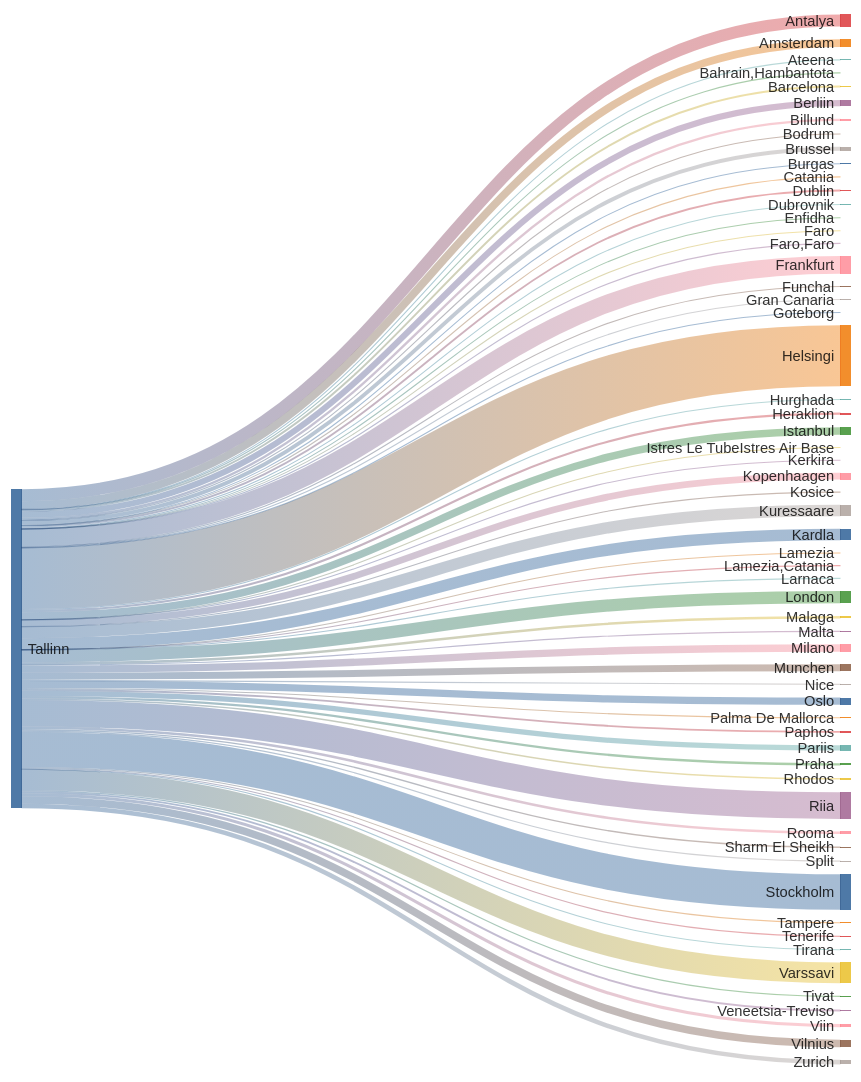
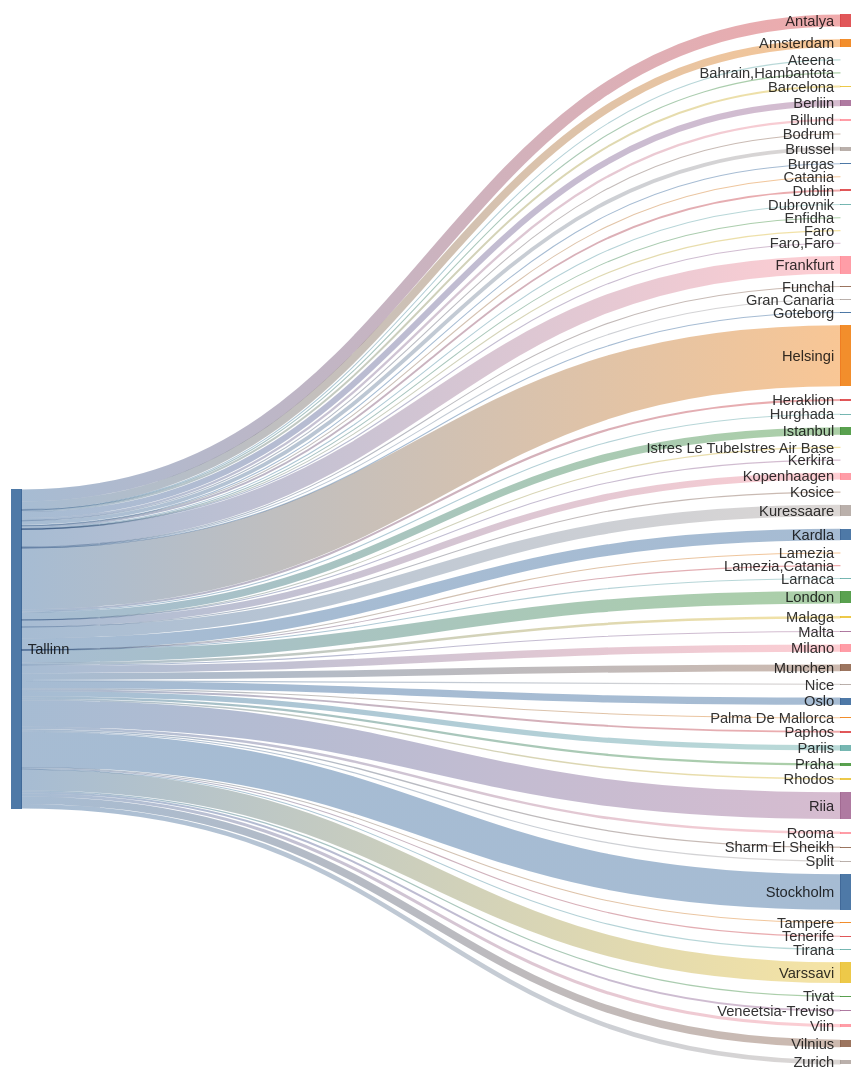
The second of 2 diagrams in README.md (rainermesi/tll-airport-departures), drawn with Mermaid before and after one commit. The commit also changed other lines of this file, not shown here.

````diff
--- a/README.md
+++ b/README.md
@@ -34,72 +34,72 @@
 ```mermaid
 ---
 config:
   sankey:
     showValues: false
     width: 800
     height: 1000
 ---
 sankey-beta
 %% source,target,value
-Tallinn,Amsterdam,163
-Tallinn,Antalya,254
+Tallinn,Amsterdam,165
+Tallinn,Antalya,255
 Tallinn,Ateena,16
 Tallinn,"Bahrain,Hambantota",1
 Tallinn,Barcelona,41
-Tallinn,Berliin,128
+Tallinn,Berliin,129
 Tallinn,Billund,49
 Tallinn,Bodrum,11
 Tallinn,Brussel,81
 Tallinn,Burgas,21
 Tallinn,Catania,2
 Tallinn,Dublin,40
 Tallinn,Dubrovnik,21
 Tallinn,Enfidha,7
 Tallinn,Faro,4
 Tallinn,"Faro,Faro",1
-Tallinn,Frankfurt,373
+Tallinn,Frankfurt,376
 Tallinn,Funchal,5
 Tallinn,Gran Canaria,16
 Tallinn,Goteborg,1
-Tallinn,Helsingi,1286
+Tallinn,Helsingi,1295
 Tallinn,Heraklion,46
-Tallinn,Hurghada,21
-Tallinn,Istanbul,156
+Tallinn,Hurghada,22
+Tallinn,Istanbul,157
 Tallinn,Istres Le TubeIstres Air Base,2
 Tallinn,Kerkira,4
-Tallinn,Kopenhaagen,140
+Tallinn,Kopenhaagen,142
 Tallinn,Kosice,1
-Tallinn,Kuressaare,241
-Tallinn,Kardla,241
+Tallinn,Kuressaare,243
+Tallinn,Kardla,243
 Tallinn,Lamezia,1
 Tallinn,"Lamezia,Catania",3
 Tallinn,Larnaca,4
-Tallinn,London,258
-Tallinn,Malaga,52
+Tallinn,London,260
+Tallinn,Malaga,53
 Tallinn,Malta,15
-Tallinn,Milano,156
+Tallinn,Milano,157
 Tallinn,Munchen,144
 Tallinn,Nice,25
-Tallinn,Oslo,151
+Tallinn,Oslo,152
 Tallinn,Palma De Mallorca,19
-Tallinn,Paphos,39
-Tallinn,Pariis,110
+Tallinn,Paphos,40
+Tallinn,Pariis,111
 Tallinn,Praha,49
 Tallinn,Rhodos,32
-Tallinn,Riia,561
+Tallinn,Riia,565
 Tallinn,Rooma,53
 Tallinn,Sharm El Sheikh,28
 Tallinn,Split,25
-Tallinn,Stockholm,745
+Tallinn,Stockholm,748
 Tallinn,Tampere,17
-Tallinn,Tenerife,23
+Tallinn,Tenerife,24
 Tallinn,Tirana,8
 Tallinn,Tivat,26
-Tallinn,Varssavi,435
-Tallinn,Veneetsia-Treviso,40
-Tallinn,Viin,64
-Tallinn,Vilnius,158
-Tallinn,Zurich,97
+Tallinn,Varssavi,439
+Tallinn,Veneetsia-Treviso,41
+Tallinn,Viin,65
+Tallinn,Vilnius,159
+Tallinn,Zurich,98
 
 
 ```
````
